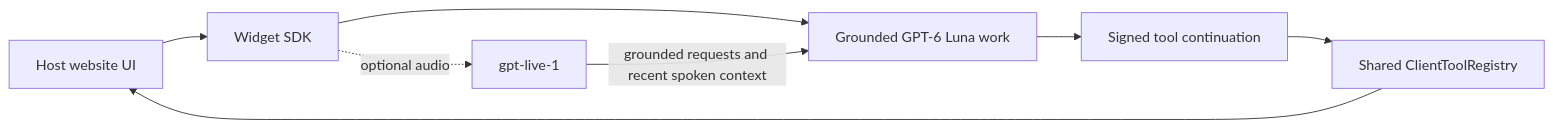
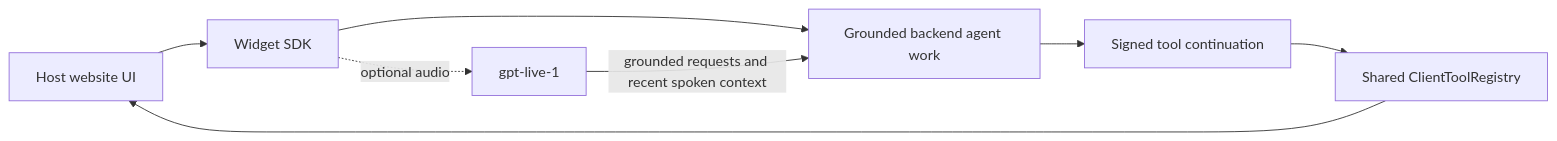
One commit to Get-Convinced/docs changed the diagram in guides/widget-sdk/overview.mdx. Above: the diagram before and after it, drawn with Mermaid. The commit also changed other lines of this file and 16 other files, not shown here.

````diff
--- a/guides/widget-sdk/overview.mdx
+++ b/guides/widget-sdk/overview.mdx
@@ -45,10 +48,10 @@
 ```mermaid
 flowchart LR
   UI[Host website UI] --> SDK[Widget SDK]
-  SDK --> Chat[Grounded GPT-6 Luna work]
+  SDK --> Chat[Grounded backend agent work]
   SDK -. optional audio .-> Live[gpt-live-1]
   Live -->|grounded requests and recent spoken context| Chat
   Chat --> Tools[Signed tool continuation]
   Tools --> Registry[Shared ClientToolRegistry]
   Registry --> UI
 ```
````
